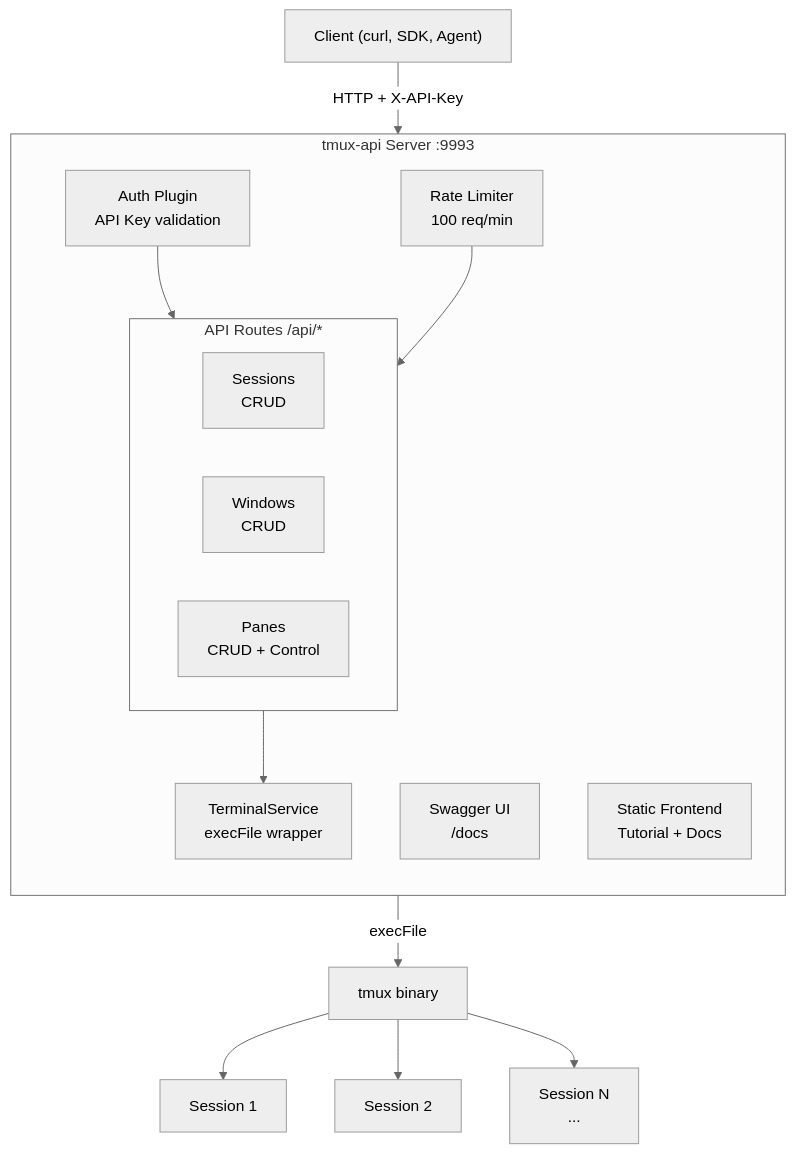
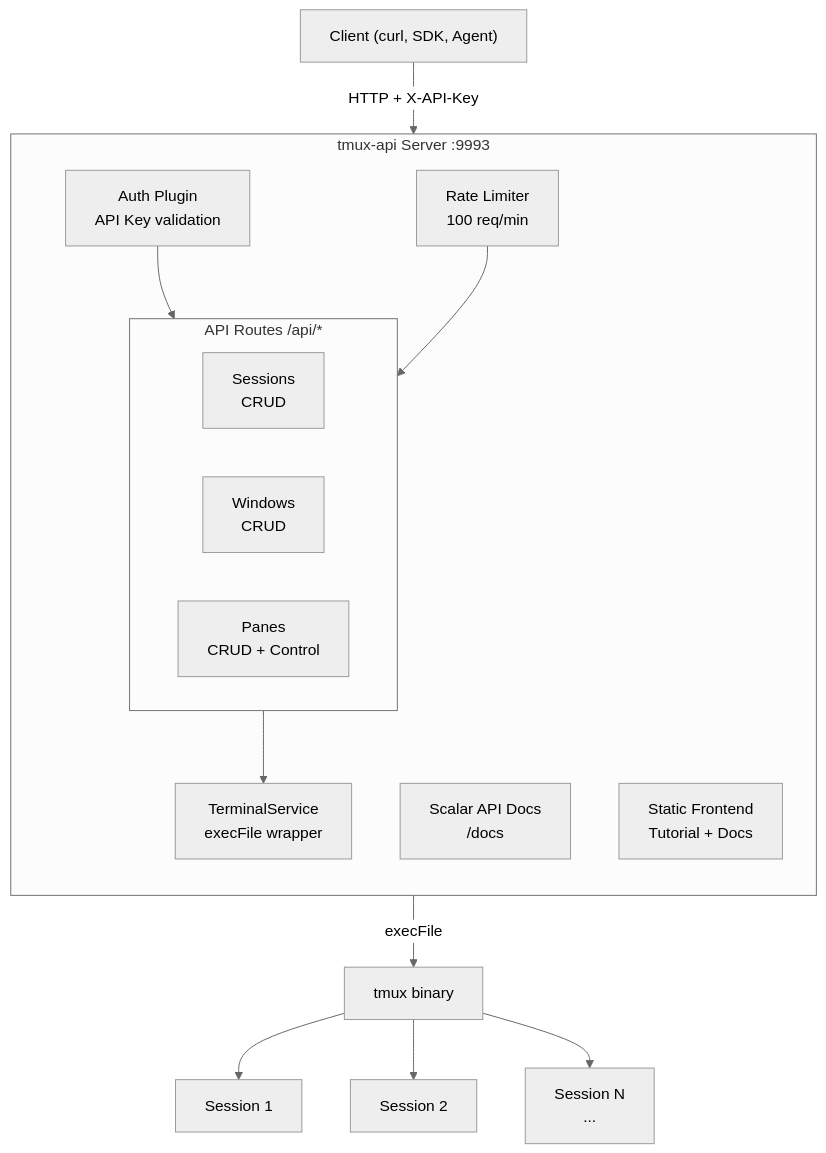
One commit to onchainyaotoshi/tmux-api changed the first of 2 diagrams in README.md. Above: the diagram before and after it, drawn with Mermaid (neutral theme). The commit also changed other lines of this file and 4 other files, not shown here.

First line of the commit message:
chore: replace swagger-ui with scalar for API docs

````diff
--- a/README.md
+++ b/README.md
@@ -7,29 +7,29 @@
 ```mermaid
 graph TB
     Client["Client (curl, SDK, Agent)"] -->|HTTP + X-API-Key| Server
 
     subgraph Server["tmux-api Server :9993"]
         direction TB
         Auth["Auth Plugin<br/>API Key validation"]
-        Swagger["Swagger UI<br/>/docs"]
+        Swagger["Scalar API Docs<br/>/docs"]
         RateLimit["Rate Limiter<br/>100 req/min"]
 
         subgraph Routes["API Routes /api/*"]
             Sessions["Sessions<br/>CRUD"]
             Windows["Windows<br/>CRUD"]
             Panes["Panes<br/>CRUD + Control"]
         end
 
         Service["TerminalService<br/>execFile wrapper"]
         Static["Static Frontend<br/>Tutorial + Docs"]
     end
 
     Service -->|execFile| Tmux["tmux binary"]
     Tmux --> Terminal1["Session 1"]
     Tmux --> Terminal2["Session 2"]
     Tmux --> Terminal3["Session N<br/>..."]
 
     Auth --> Routes
     RateLimit --> Routes
     Routes --> Service
 ```
````
